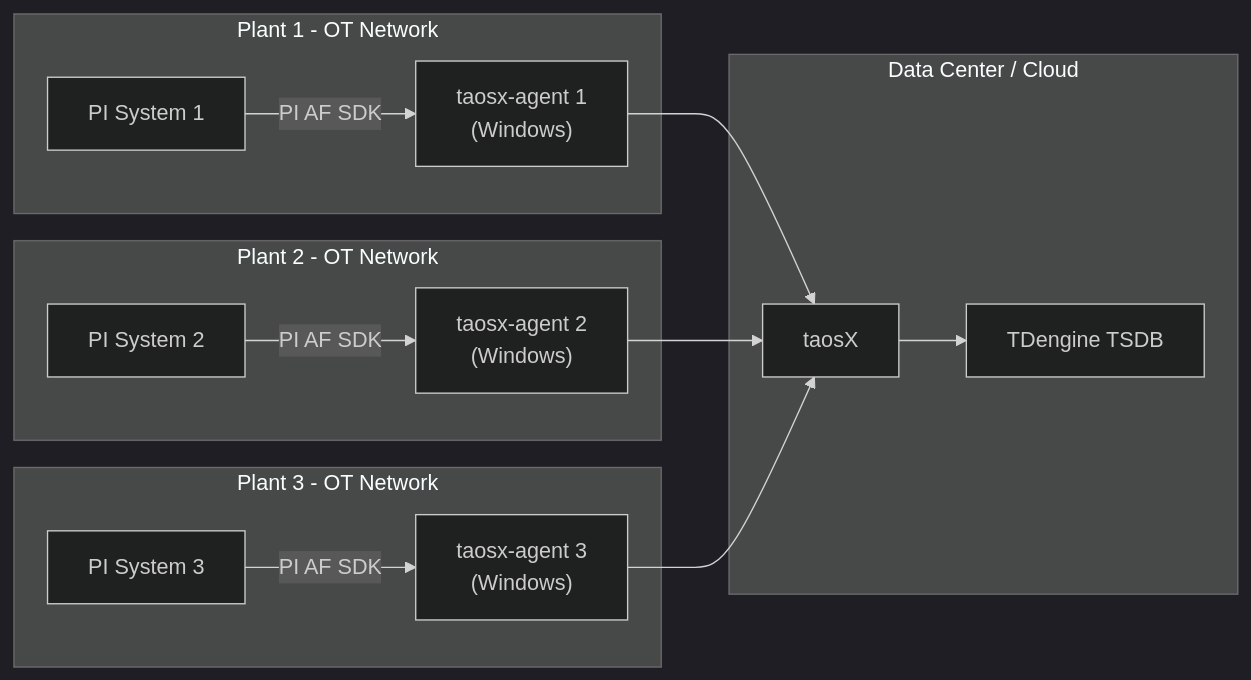
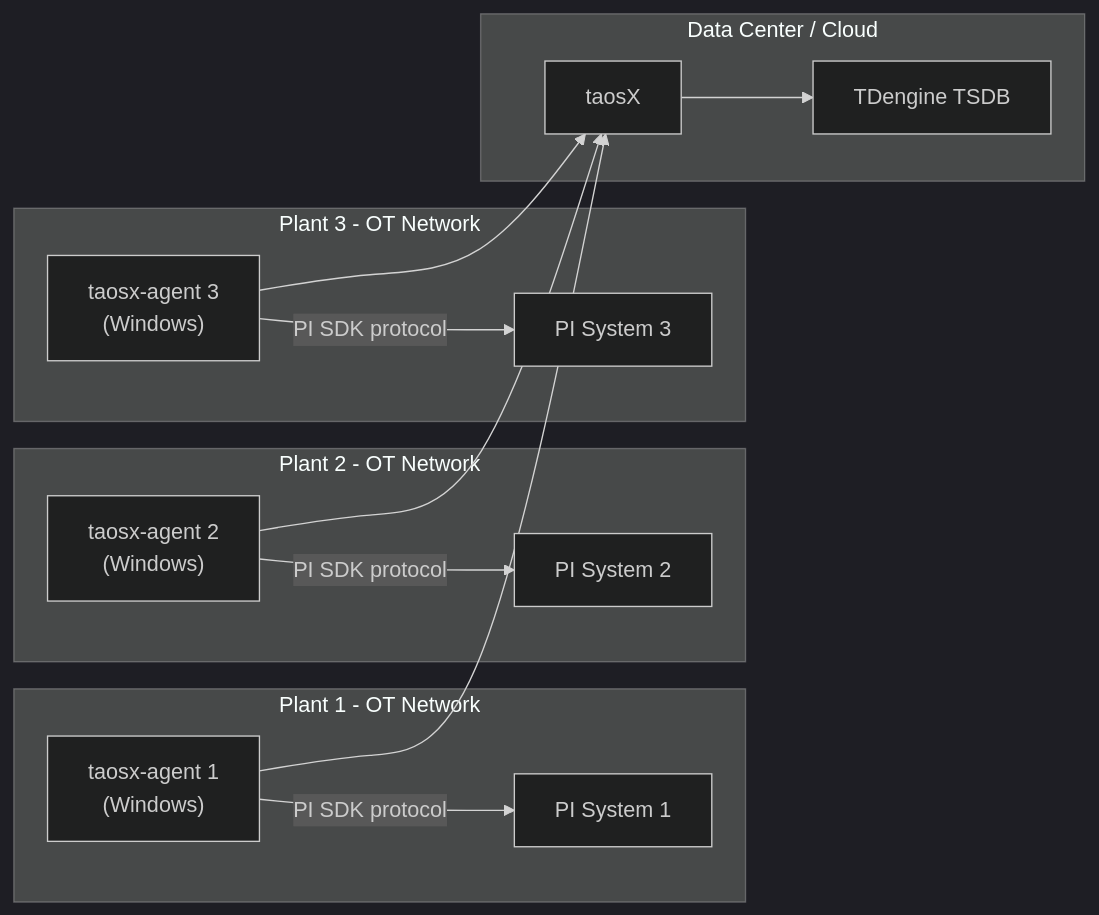
Before and after one commit to taosdata/TDengine: the third of 3 diagrams in docs/en/06-advanced/05-data-in/03-pi/02-deployment-architecture.md, drawn with Mermaid (dark theme). The commit also changed other lines of this file and 7 other files, not shown here.

````diff
--- a/docs/en/06-advanced/05-data-in/03-pi/02-deployment-architecture.md
+++ b/docs/en/06-advanced/05-data-in/03-pi/02-deployment-architecture.md
@@ -84,26 +84,26 @@
 ```mermaid
 graph LR
     subgraph Plant1["Plant 1 - OT Network"]
         PI1["PI System 1"]
         AG1["taosx-agent 1<br/>(Windows)"]
     end
     subgraph Plant2["Plant 2 - OT Network"]
         PI2["PI System 2"]
         AG2["taosx-agent 2<br/>(Windows)"]
     end
     subgraph Plant3["Plant 3 - OT Network"]
         PI3["PI System 3"]
         AG3["taosx-agent 3<br/>(Windows)"]
     end
     subgraph DC["Data Center / Cloud"]
         TX["taosX"]
         TD["TDengine TSDB"]
     end
-    PI1 -- "PI AF SDK" --> AG1
-    PI2 -- "PI AF SDK" --> AG2
-    PI3 -- "PI AF SDK" --> AG3
+    AG1 -- "PI SDK protocol" --> PI1
+    AG2 -- "PI SDK protocol" --> PI2
+    AG3 -- "PI SDK protocol" --> PI3
     AG1 --> TX
     AG2 --> TX
     AG3 --> TX
     TX --> TD
 ```
````
